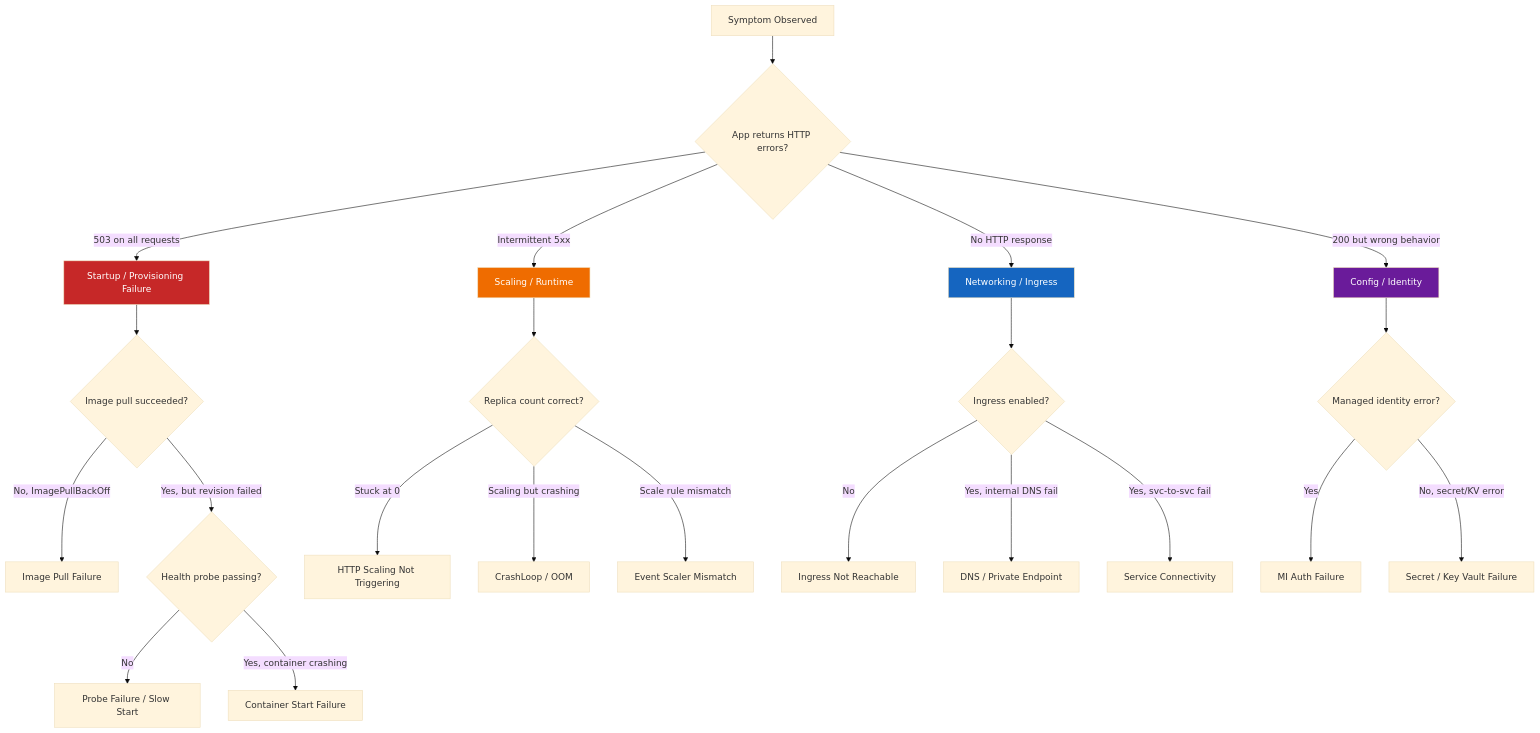
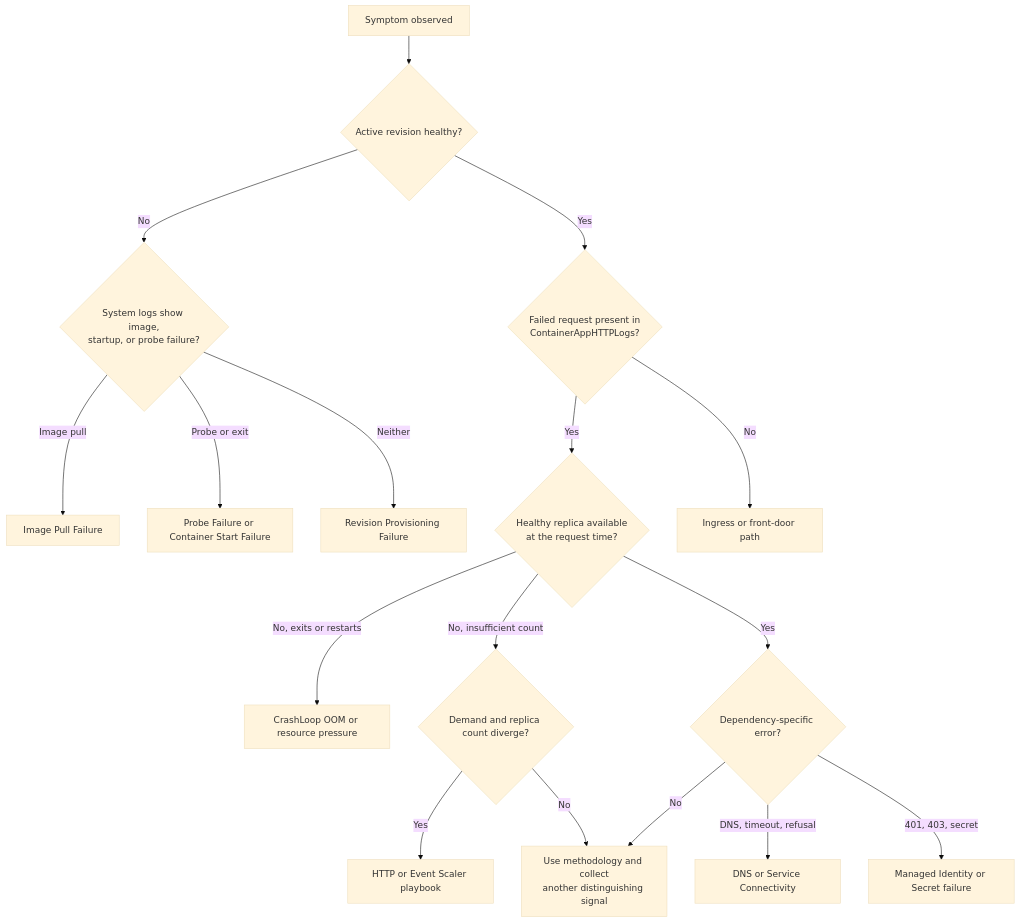
One commit to yeongseon/azure-container-apps-practical-guide changed the second of 2 diagrams in docs/troubleshooting/index.md. Above: the diagram before and after it, drawn with Mermaid (base theme). The commit also changed other lines of this file and 13 other files, not shown here.

Commit message:
docs(diagrams): migrate the Container Apps troubleshooting overview diagrams (#616)

````diff
--- a/docs/troubleshooting/index.md
+++ b/docs/troubleshooting/index.md
@@ -74,33 +106,36 @@
 ```mermaid
-graph TD
-    A[Symptom Observed] --> B{App returns HTTP errors?}
-    B -->|503 on all requests| C[Startup / Provisioning Failure]
-    B -->|Intermittent 5xx| D[Scaling / Runtime]
-    B -->|No HTTP response| E[Networking / Ingress]
-    B -->|200 but wrong behavior| F[Config / Identity]
+flowchart TD
+    START[Symptom observed]
+    REVISION{Active revision healthy?}
+    STARTUP{System logs show image,<br/>startup, or probe failure?}
+    IMAGE[Image Pull Failure]
+    PROBE[Probe Failure or Container Start Failure]
+    PROVISION[Revision Provisioning Failure]
+    HTTP{Failed request present in<br/>ContainerAppHTTPLogs?}
+    REPLICA{Healthy replica available<br/>at the request time?}
+    INGRESS[Ingress or front-door path]
+    RUNTIME[CrashLoop OOM or resource pressure]
+    SCALE{Demand and replica count diverge?}
+    AUTOSCALE[HTTP or Event Scaler playbook]
+    DEP{Dependency-specific error?}
+    NETWORK[DNS or Service Connectivity]
+    AUTH[Managed Identity or Secret failure]
+    METHOD[Use methodology and collect<br/>another distinguishing signal]
 
-    C --> C1{Image pull succeeded?}
-    C1 -->|No, ImagePullBackOff| C2[Image Pull Failure]
-    C1 -->|Yes, but revision failed| C3{Health probe passing?}
-    C3 -->|No| C4[Probe Failure / Slow Start]
-    C3 -->|Yes, container crashing| C5[Container Start Failure]
-
-    D --> D1{Replica count correct?}
-    D1 -->|Stuck at 0| D2[HTTP Scaling Not Triggering]
-    D1 -->|Scaling but crashing| D3[CrashLoop / OOM]
-    D1 -->|Scale rule mismatch| D4[Event Scaler Mismatch]
-
-    E --> E1{Ingress enabled?}
-    E1 -->|No| E2[Ingress Not Reachable]
-    E1 -->|Yes, internal DNS fail| E3[DNS / Private Endpoint]
-    E1 -->|Yes, svc-to-svc fail| E4[Service Connectivity]
-
-    F --> F1{Managed identity error?}
-    F1 -->|Yes| F2[MI Auth Failure]
-    F1 -->|No, secret/KV error| F3[Secret / Key Vault Failure]
-
-    style C fill:#c62828,color:#fff
-    style D fill:#ef6c00,color:#fff
-    style E fill:#1565c0,color:#fff
-    style F fill:#6a1b9a,color:#fff
+    START --> REVISION
+    REVISION -->|No| STARTUP
+    REVISION -->|Yes| HTTP
+    STARTUP -->|Image pull| IMAGE
+    STARTUP -->|Probe or exit| PROBE
+    STARTUP -->|Neither| PROVISION
+    HTTP -->|No| INGRESS
+    HTTP -->|Yes| REPLICA
+    REPLICA -->|No, exits or restarts| RUNTIME
+    REPLICA -->|No, insufficient count| SCALE
+    REPLICA -->|Yes| DEP
+    SCALE -->|Yes| AUTOSCALE
+    SCALE -->|No| METHOD
+    DEP -->|DNS, timeout, refusal| NETWORK
+    DEP -->|401, 403, secret| AUTH
+    DEP -->|No| METHOD
 ```
````
